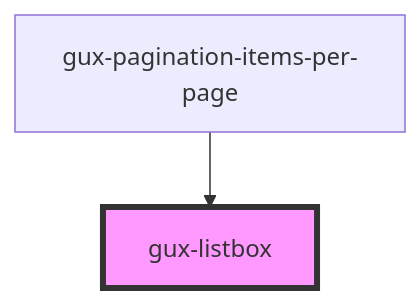
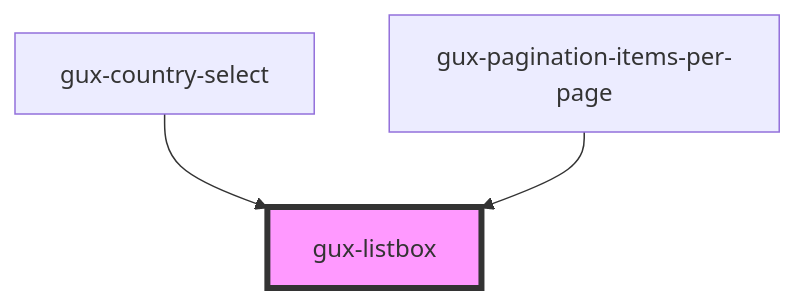
Before and after one commit to MyPureCloud/genesys-spark: the diagram in src/components/beta/gux-listbox/readme.md, drawn with Mermaid. The commit also changed other lines of this file and 14 other files, not shown here.

````diff
--- a/src/components/beta/gux-listbox/readme.md
+++ b/src/components/beta/gux-listbox/readme.md
@@ -71,5 +72,6 @@
 ```mermaid
 graph TD;
+  gux-country-select --> gux-listbox
   gux-pagination-items-per-page --> gux-listbox
   style gux-listbox fill:#f9f,stroke:#333,stroke-width:4px
 ```
````
